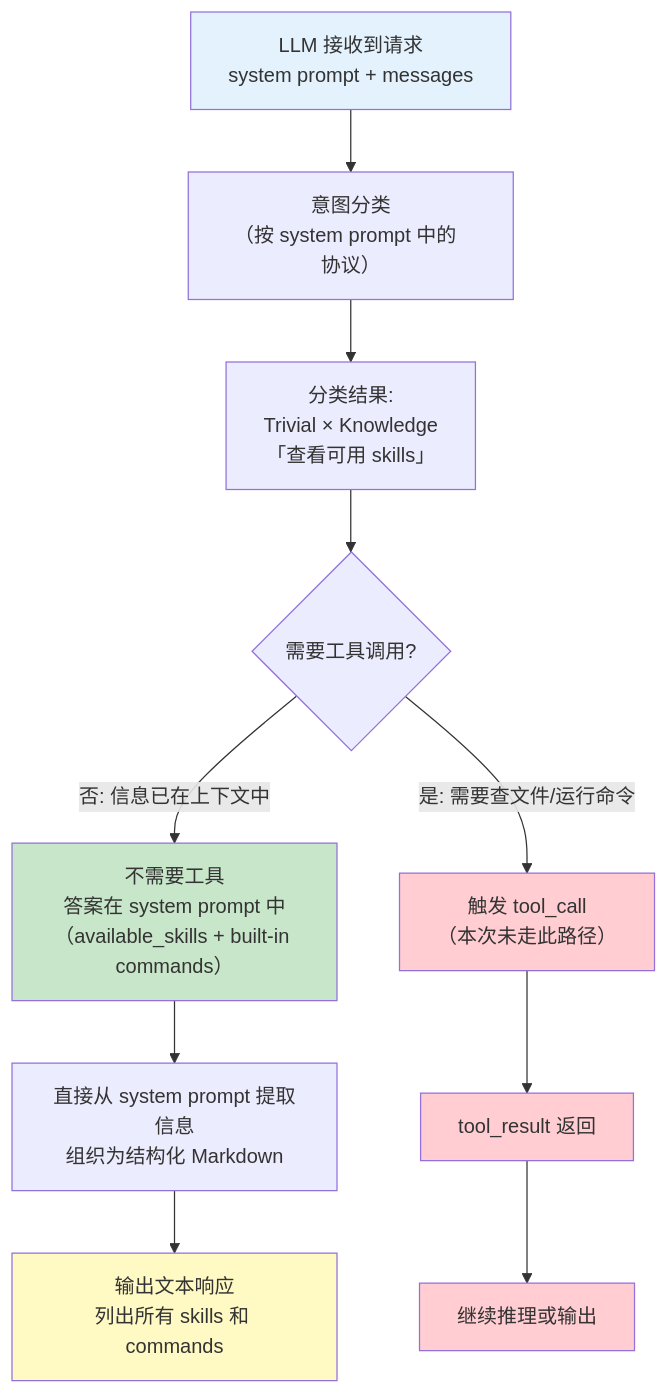
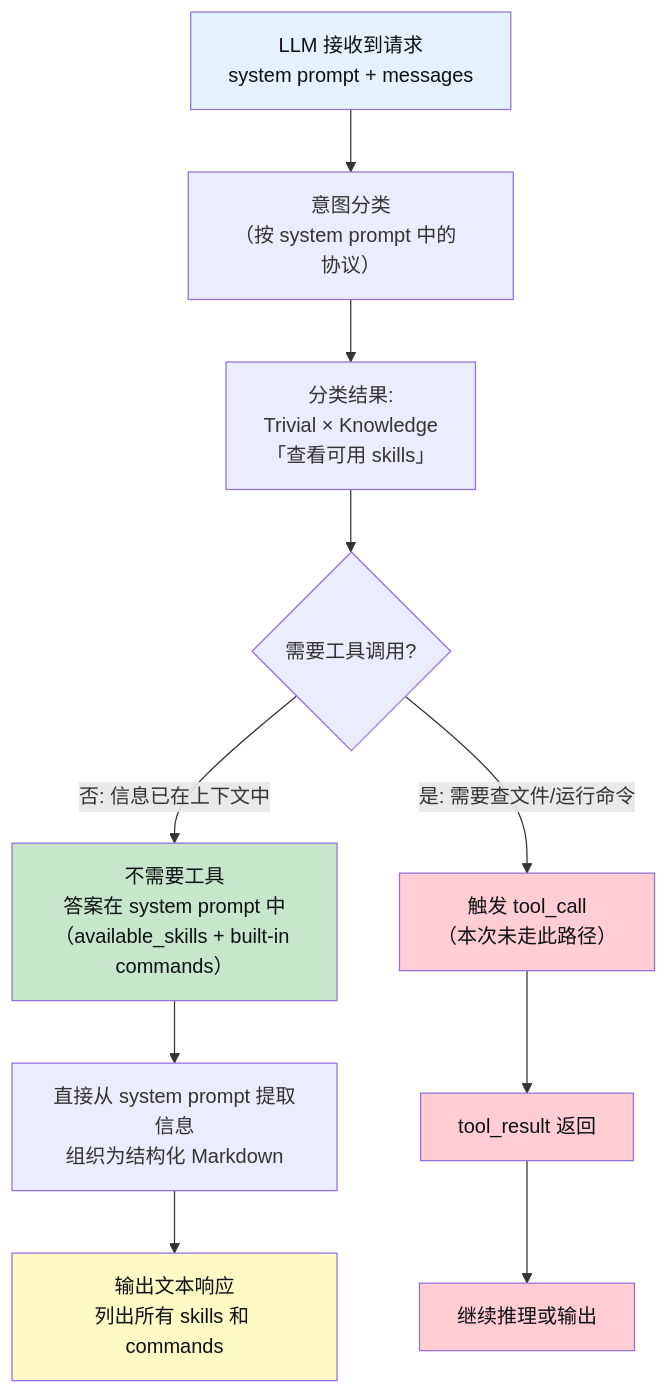
Before and after one commit to 055liufl/agent-project: the third of 6 diagrams in opencode/opencode/.learnings/opencode-llm-io-session.md, drawn with Mermaid. The commit also changed other lines of this file and 1 other file, not shown here.

Commit message:
流程图字体颜色和背景颜色修改

````diff
--- a/opencode/opencode/.learnings/opencode-llm-io-session.md
+++ b/opencode/opencode/.learnings/opencode-llm-io-session.md
@@ -328,26 +328,26 @@
 ```mermaid
 flowchart TD
     START["LLM 接收到请求<br/>system prompt + messages"]
     INTENT["意图分类<br/>（按 system prompt 中的 <intent> 协议）"]
     CLASSIFY["分类结果:<br/>Trivial × Knowledge<br/>「查看可用 skills」"]
     TOOLS{"需要工具调用?"}
     NOTOOL["不需要工具<br/>答案在 system prompt 中<br/>（available_skills + built-in commands）"]
     DIRECT["直接从 system prompt 提取信息<br/>组织为结构化 Markdown"]
     OUTPUT["输出文本响应<br/>列出所有 skills 和 commands"]
 
     START --> INTENT
     INTENT --> CLASSIFY
     CLASSIFY --> TOOLS
     TOOLS -- "否: 信息已在上下文中" --> NOTOOL
     TOOLS -- "是: 需要查文件/运行命令" --> TOOLCALL["触发 tool_call<br/>（本次未走此路径）"]
     NOTOOL --> DIRECT
     DIRECT --> OUTPUT
     TOOLCALL --> TOOLRESULT["tool_result 返回"] --> CONTINUE["继续推理或输出"]
 
-    style START fill:#e3f2fd
-    style NOTOOL fill:#c8e6c9
-    style OUTPUT fill:#fff9c4
-    style TOOLCALL fill:#ffcdd2
-    style TOOLRESULT fill:#ffcdd2
-    style CONTINUE fill:#ffcdd2
+    style START fill:#e3f2fd,color:#0d1117
+    style NOTOOL fill:#c8e6c9,color:#0d1117
+    style OUTPUT fill:#fff9c4,color:#0d1117
+    style TOOLCALL fill:#ffcdd2,color:#0d1117
+    style TOOLRESULT fill:#ffcdd2,color:#0d1117
+    style CONTINUE fill:#ffcdd2,color:#0d1117
 ```
````
